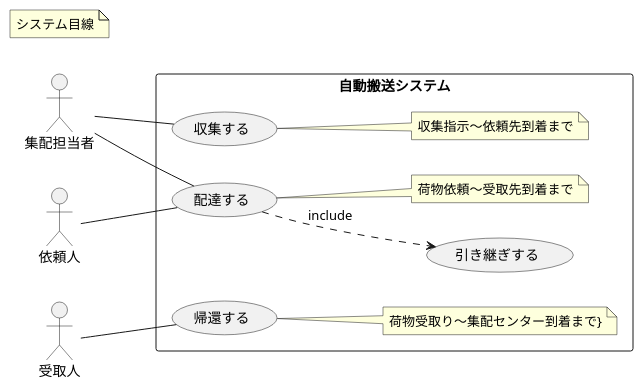
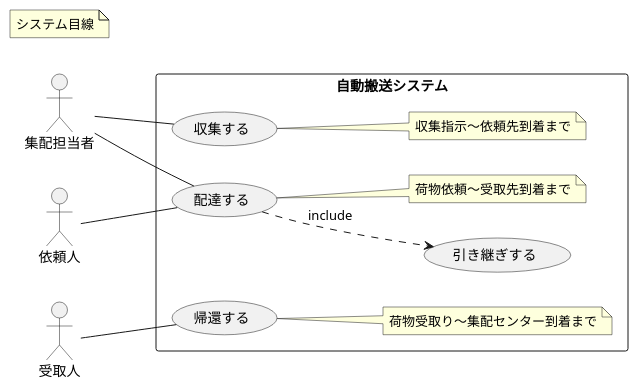
The diagram in ExpressSystem/01_RequirementsAnalysis/usecase_1.puml (MossanDayo/oneDraw_uml), drawn with PlantUML before and after one commit. The commit also changed 1 other file, not shown here.

```diff
--- a/ExpressSystem/01_RequirementsAnalysis/usecase_1.puml
+++ b/ExpressSystem/01_RequirementsAnalysis/usecase_1.puml
@@ -1,30 +1,30 @@
 @startuml ExpressSystem
 skinparam packageStyle rect
 left to right direction
 
 note "システム目線" as note
 
 actor 依頼人
 actor 集配担当者
 actor 受取人
 
 rectangle 自動搬送システム as system {
     集配担当者 -- (収集する)
     note right of (収集する) : 収集指示～依頼先到着まで
 
     集配担当者 -- (配達する)
     (配達する) ..> (引き継ぎする) : include
 
     依頼人 -- (配達する)
     note right of (配達する) : 荷物依頼～受取先到着まで
 
     受取人 -- (帰還する)
-    note right of (帰還する) : 荷物受取り～集配センター到着まで}
-
+    note right of (帰還する) : 荷物受取り～集配センター到着まで
+}
 
 ' 順番整理
 集配担当者 .[hidden] 依頼人
 (収集する) .[hidden] (配達する)
 (配達する) .[hidden] (帰還する)
 
 @enduml
```
